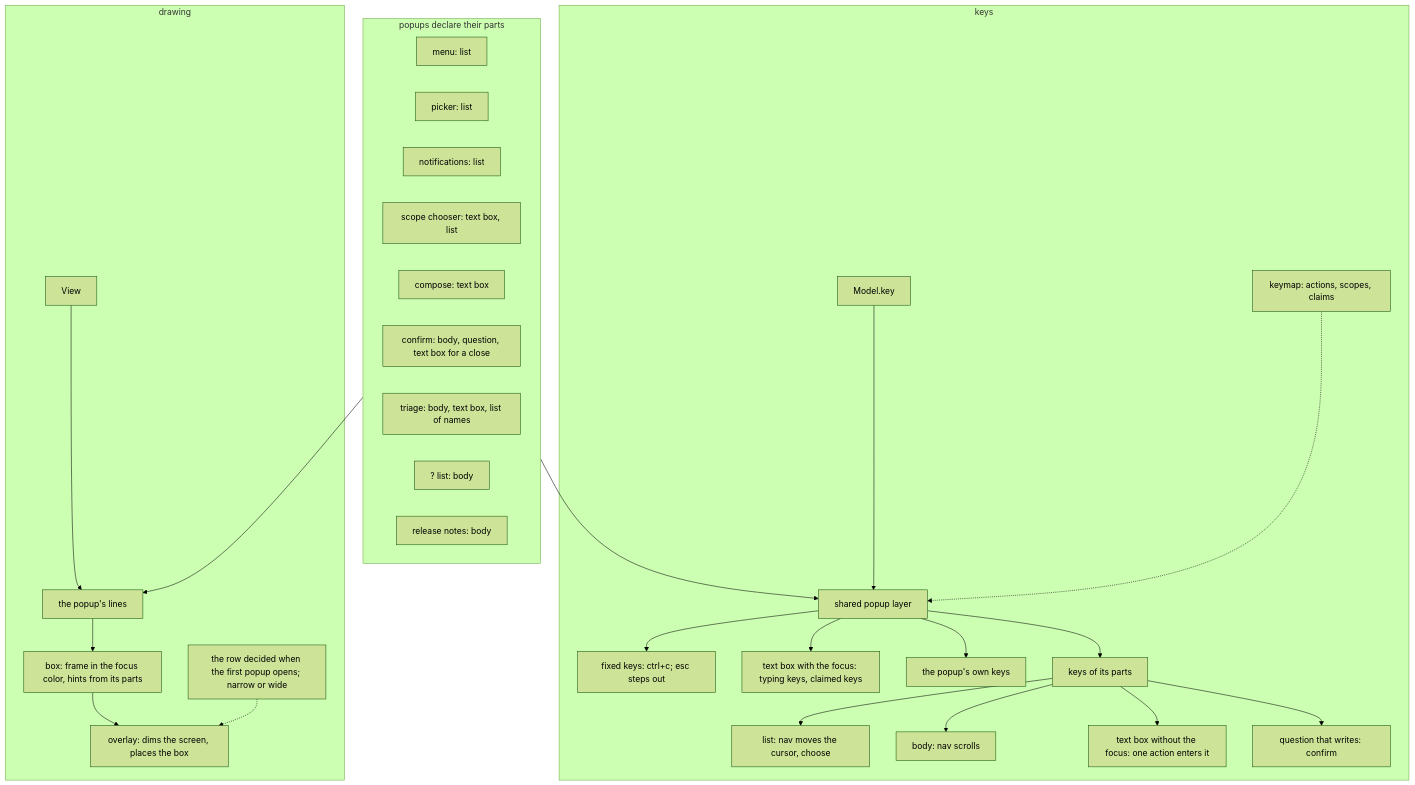
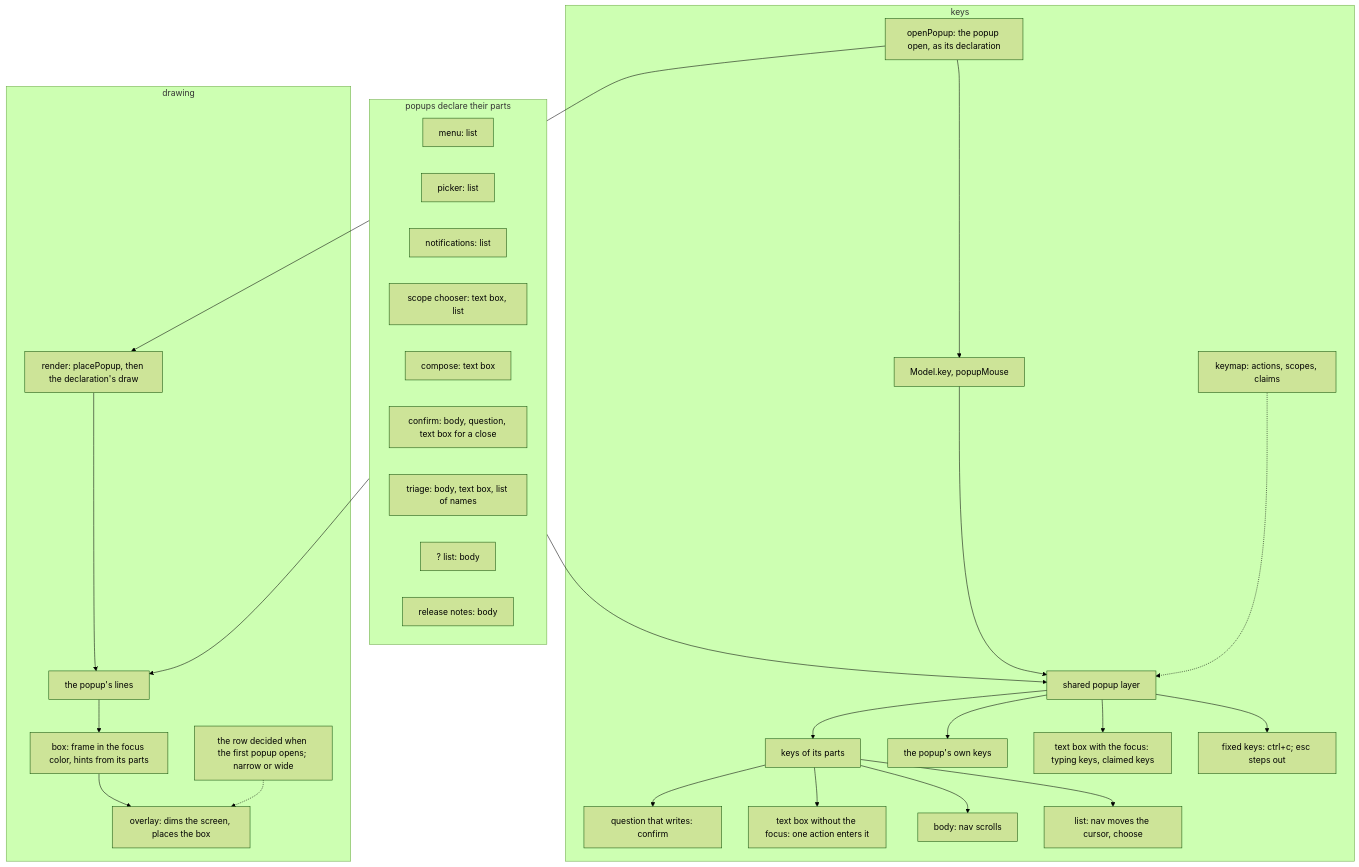
Before and after one commit to babarot/gh-desk: the diagram in docs/design/popups.md, drawn with Mermaid (forest theme). The commit also changed other lines of this file and 15 other files, not shown here.

First line of the commit message:
Draw, place and read every popup from its declaration

````diff
--- a/docs/design/popups.md
+++ b/docs/design/popups.md
@@ -67,37 +70,39 @@
 ```mermaid
 flowchart TB
   subgraph keys["keys"]
-    K["Model.key"] --> L["shared popup layer"]
+    OP["openPopup: the popup open, as its declaration"] --> K["Model.key, popupMouse"]
+    K --> L["shared popup layer"]
     L --> F["fixed keys: ctrl+c; esc steps out"]
     L --> TX["text box with the focus: typing keys, claimed keys"]
     L --> OWN["the popup's own keys"]
     L --> PARTS["keys of its parts"]
     PARTS --> LIST["list: nav moves the cursor, choose"]
     PARTS --> BODY["body: nav scrolls"]
     PARTS --> ENTER["text box without the focus: one action enters it"]
     PARTS --> ASK["question that writes: confirm"]
     KM["keymap: actions, scopes, claims"] -.-> L
   end
 
   subgraph popups["popups declare their parts"]
     P1["menu: list"]
     P2["picker: list"]
     P3["notifications: list"]
     P4["scope chooser: text box, list"]
     P5["compose: text box"]
     P6["confirm: body, question, text box for a close"]
     P7["triage: body, text box, list of names"]
     P8["? list: body"]
     P9["release notes: body"]
   end
 
   subgraph draw["drawing"]
-    V["View"] --> R["the popup's lines"]
+    OP --> V["render: placePopup, then the declaration's draw"]
+    V --> R["the popup's lines"]
     R --> B["box: frame in the focus color, hints from its parts"]
     B --> O["overlay: dims the screen, places the box"]
     PL["the row decided when the first popup opens; narrow or wide"] -.-> O
   end
 
   popups --> L
   popups --> R
 ```
````
